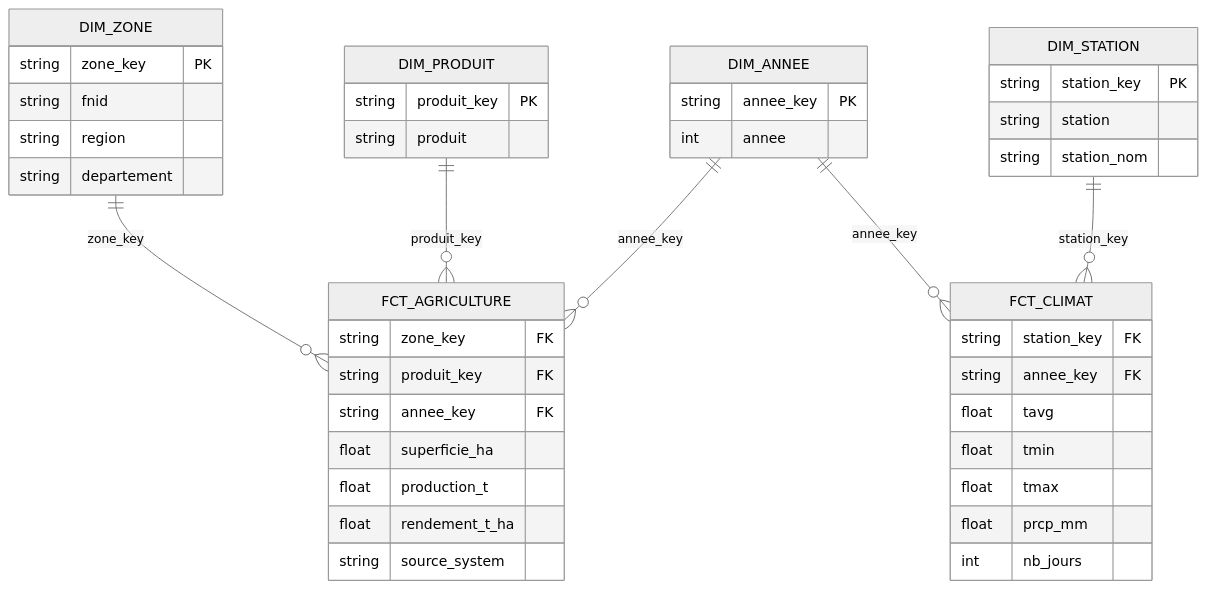
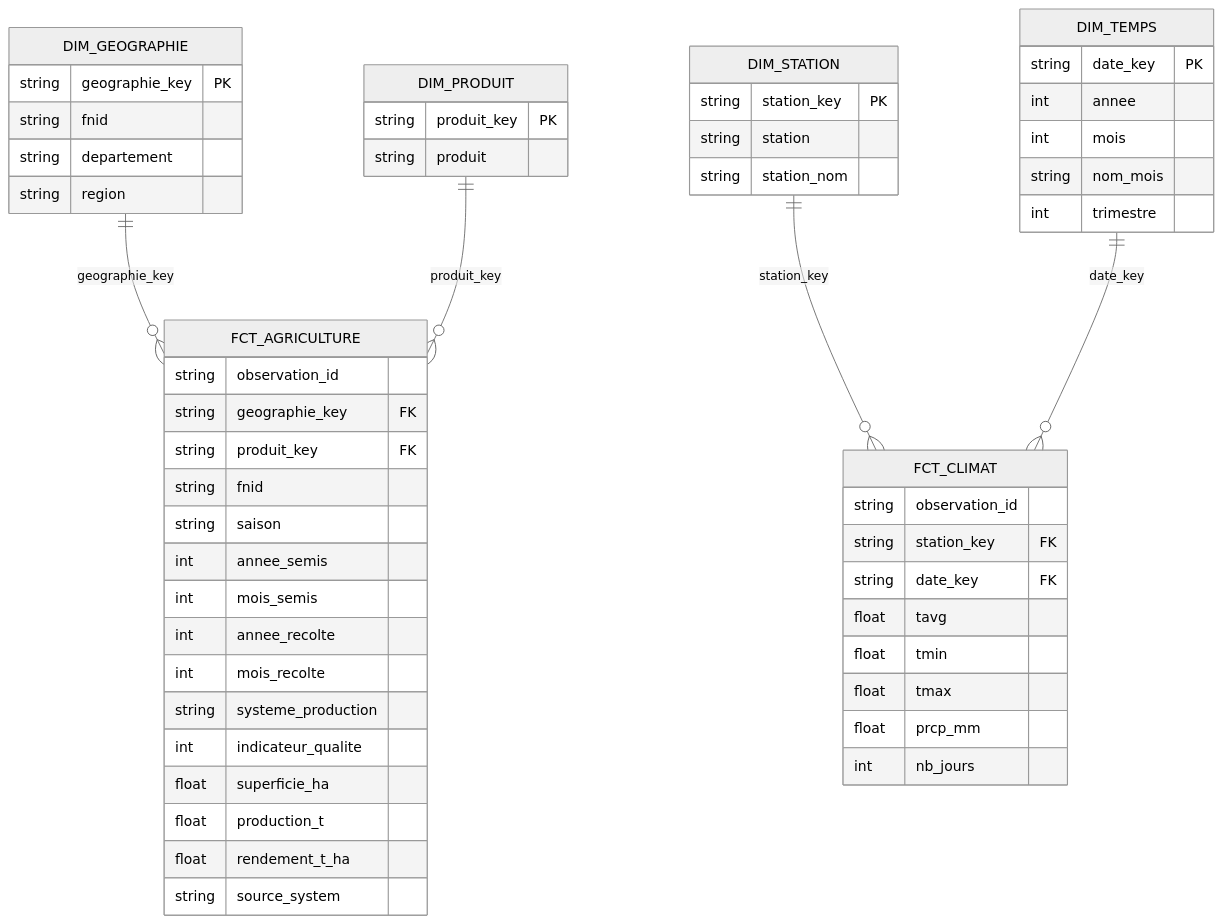
One commit to abdoudjigo/assaman-suuf changed the eighth of 11 diagrams in dbt_project/README_dbt_staging.md. Above: the diagram before and after it, drawn with Mermaid (neutral theme). The commit also changed other lines of this file, not shown here.

````diff
--- a/dbt_project/README_dbt_staging.md
+++ b/dbt_project/README_dbt_staging.md
@@ -291,46 +321,57 @@
 ```mermaid
 erDiagram
-    DIM_ZONE ||--o{ FCT_AGRICULTURE : zone_key
+    DIM_GEOGRAPHIE ||--o{ FCT_AGRICULTURE : geographie_key
     DIM_PRODUIT ||--o{ FCT_AGRICULTURE : produit_key
-    DIM_ANNEE ||--o{ FCT_AGRICULTURE : annee_key
     DIM_STATION ||--o{ FCT_CLIMAT : station_key
-    DIM_ANNEE ||--o{ FCT_CLIMAT : annee_key
+    DIM_TEMPS ||--o{ FCT_CLIMAT : date_key
 
-    DIM_ZONE {
-        string zone_key PK
+    DIM_GEOGRAPHIE {
+        string geographie_key PK
         string fnid
+        string departement
         string region
-        string departement
     }
     DIM_PRODUIT {
         string produit_key PK
         string produit
     }
-    DIM_ANNEE {
-        string annee_key PK
+    DIM_TEMPS {
+        string date_key PK
         int annee
+        int mois
+        string nom_mois
+        int trimestre
     }
     DIM_STATION {
         string station_key PK
         string station
         string station_nom
     }
     FCT_AGRICULTURE {
-        string zone_key FK
+        string observation_id
+        string geographie_key FK
         string produit_key FK
-        string annee_key FK
+        string fnid
+        string saison
+        int annee_semis
+        int mois_semis
+        int annee_recolte
+        int mois_recolte
+        string systeme_production
+        int indicateur_qualite
         float superficie_ha
         float production_t
         float rendement_t_ha
         string source_system
     }
     FCT_CLIMAT {
+        string observation_id
         string station_key FK
-        string annee_key FK
+        string date_key FK
         float tavg
         float tmin
         float tmax
         float prcp_mm
         int nb_jours
     }
 ```
````
